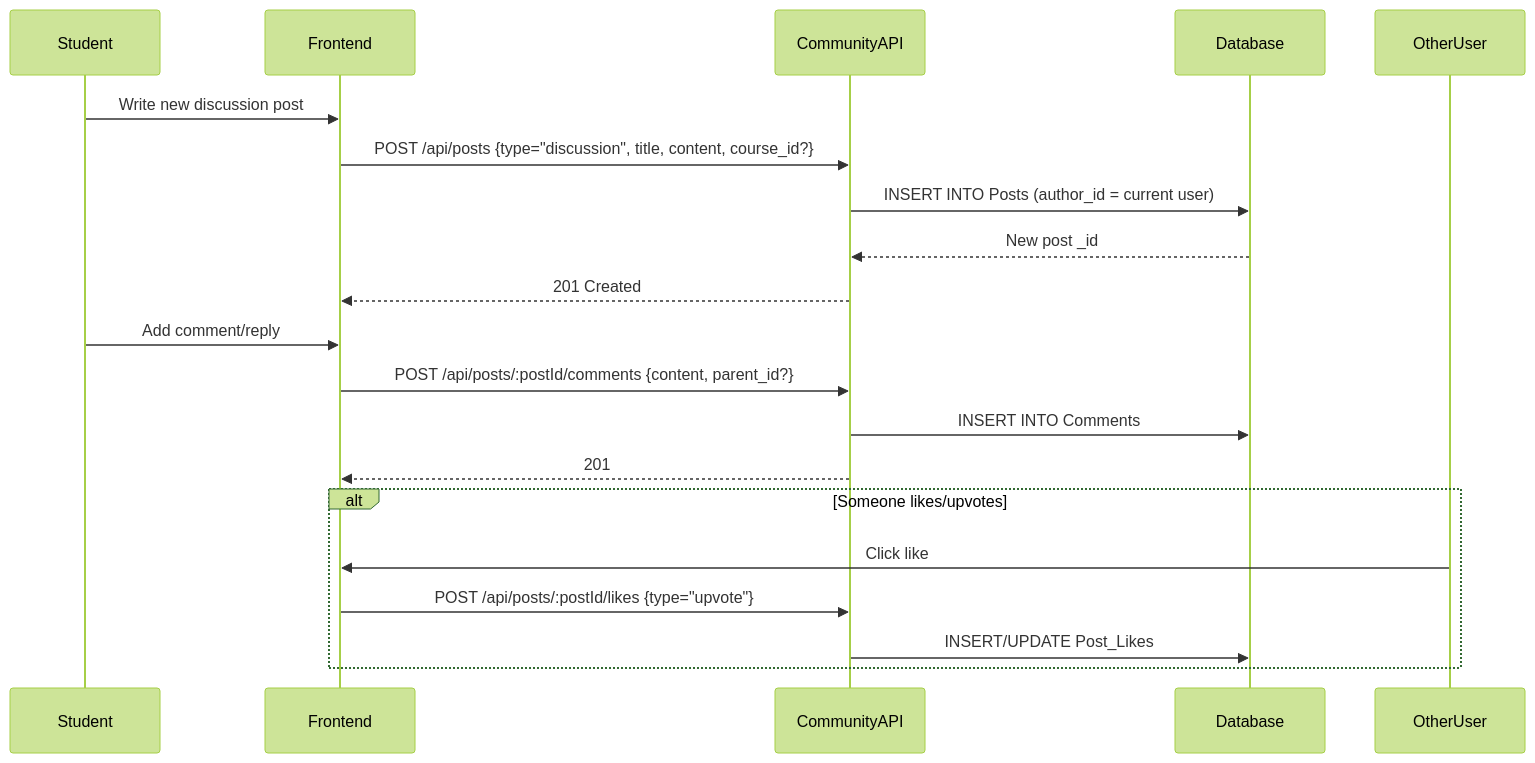
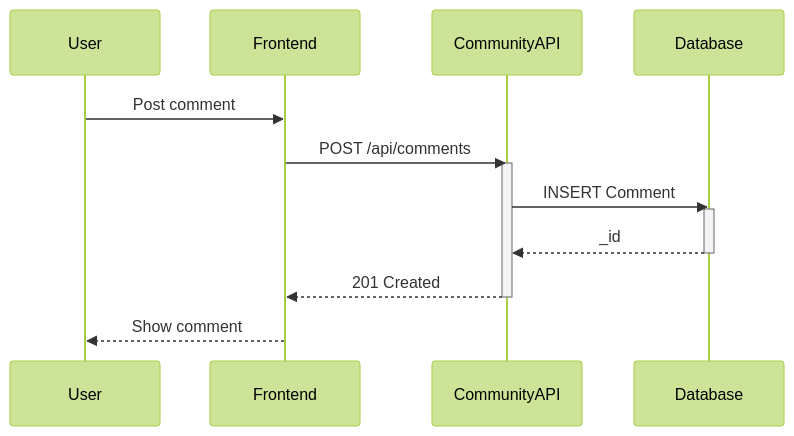
Before and after one commit to maruf-pfc/build-to-learn: the sixth of 6 diagrams in docs/sequence-diagrams.md, drawn with Mermaid (forest theme). The commit also changed other lines of this file, not shown here.

First line of the commit message:
Refactor sequence diagrams for online learning platform

````diff
--- a/docs/sequence-diagrams.md
+++ b/docs/sequence-diagrams.md
@@ -165,24 +194,18 @@
 ```mermaid
 sequenceDiagram
-    participant Student
-    participant Frontend
-    participant CommunityAPI
-    participant Database
+    participant User
+    participant FE as Frontend
+    participant API as CommunityAPI
+    participant DB as Database
 
-    Student->>Frontend: Write new discussion post
-    Frontend->>CommunityAPI: POST /api/posts {type="discussion", title, content, course_id?}
-    CommunityAPI->>Database: INSERT INTO Posts (author_id = current user)
-    Database-->>CommunityAPI: New post _id
-    CommunityAPI-->>Frontend: 201 Created
-
-    Student->>Frontend: Add comment/reply
-    Frontend->>CommunityAPI: POST /api/posts/:postId/comments {content, parent_id?}
-    CommunityAPI->>Database: INSERT INTO Comments
-    CommunityAPI-->>Frontend: 201
-
-    alt Someone likes/upvotes
-        OtherUser->>Frontend: Click like
-        Frontend->>CommunityAPI: POST /api/posts/:postId/likes {type="upvote"}
-        CommunityAPI->>Database: INSERT/UPDATE Post_Likes
-    end
+    User->>FE: Post comment
+    FE->>API: POST /api/comments
+    activate API
+    API->>DB: INSERT Comment
+    activate DB
+    DB-->>API: _id
+    deactivate DB
+    API-->>FE: 201 Created
+    deactivate API
+    FE-->>User: Show comment
 ```
````
